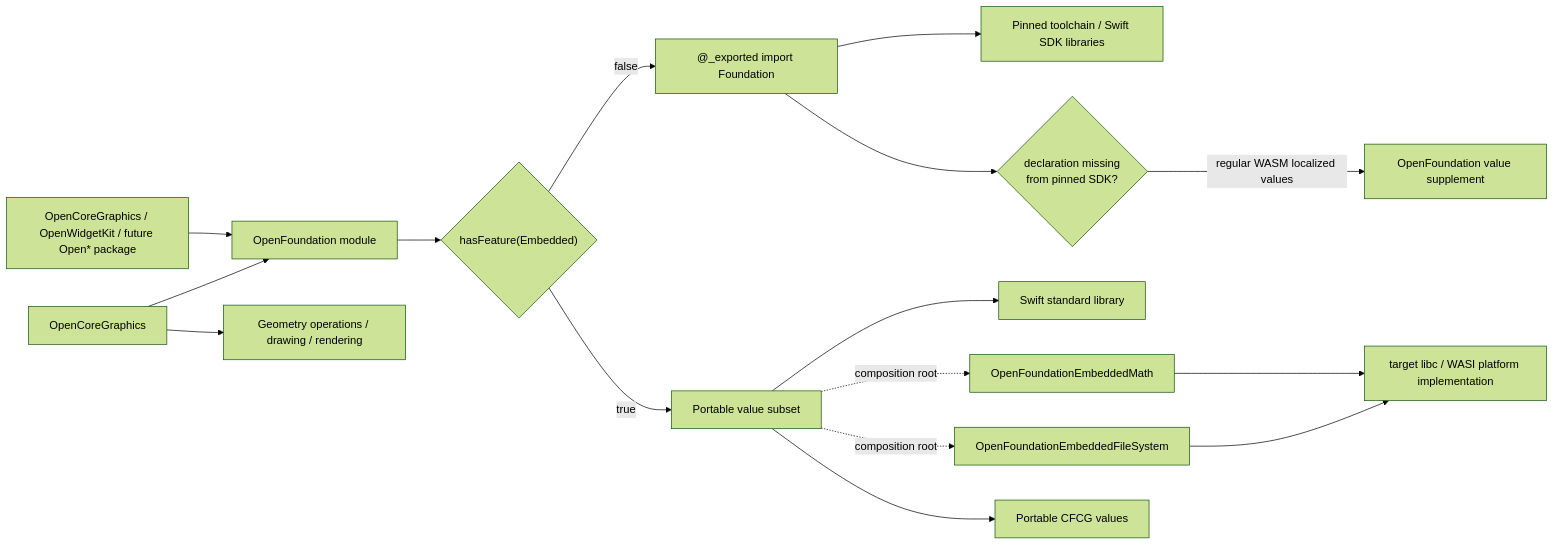
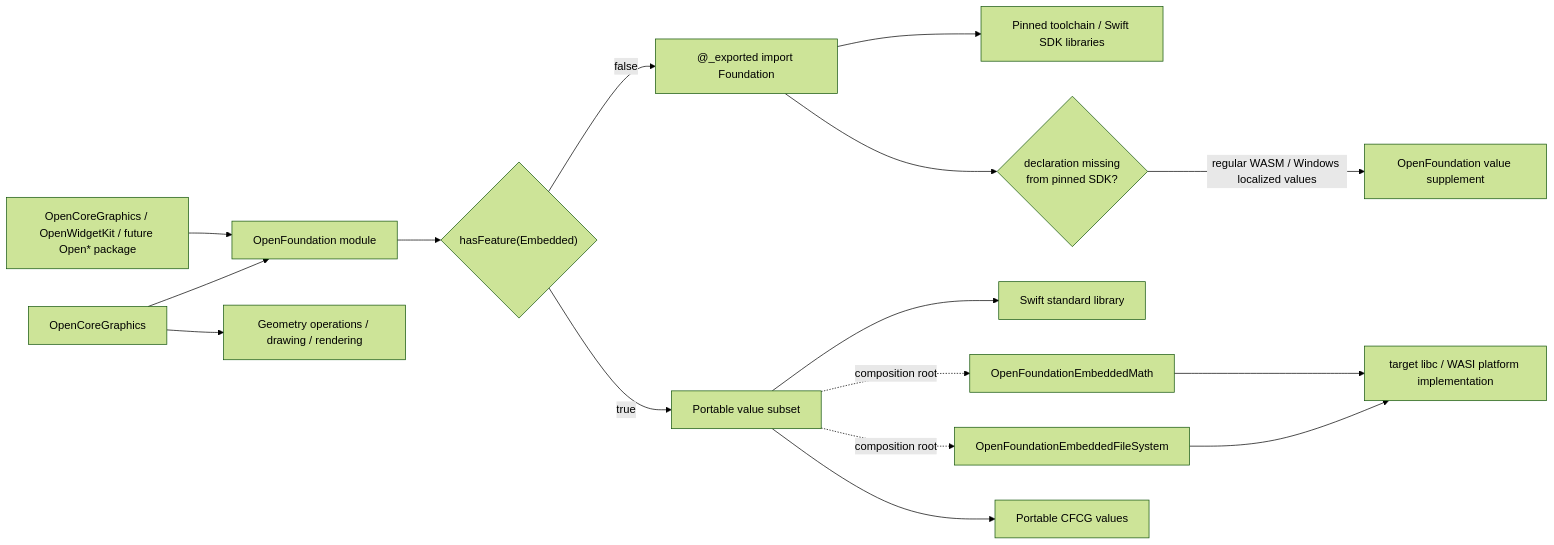
One commit to 1amageek/OpenFoundation changed the first of 2 diagrams in DESIGN.md. Above: the diagram before and after it, drawn with Mermaid (forest theme). The commit also changed other lines of this file and 3 other files, not shown here.

Commit message:
Support localized resources on Windows

````diff
--- a/DESIGN.md
+++ b/DESIGN.md
@@ -40,21 +41,21 @@
 ```mermaid
 flowchart LR
     Consumer["OpenCoreGraphics / OpenWidgetKit / future Open* package"] --> OF["OpenFoundation module"]
 
     OF --> Mode{"hasFeature(Embedded)"}
     Mode -->|"false"| Umbrella["@_exported import Foundation"]
     Umbrella --> Toolchain["Pinned toolchain / Swift SDK libraries"]
     Umbrella --> Missing{"declaration missing<br/>from pinned SDK?"}
-    Missing -->|"regular WASM localized values"| Supplement["OpenFoundation value supplement"]
+    Missing -->|"regular WASM / Windows localized values"| Supplement["OpenFoundation value supplement"]
 
     Mode -->|"true"| Values["Portable value subset"]
     Values --> Stdlib["Swift standard library"]
     Values -.->|"composition root"| Math["OpenFoundationEmbeddedMath"]
     Values -.->|"composition root"| FileSystem["OpenFoundationEmbeddedFileSystem"]
     Math --> Libc["target libc / WASI platform implementation"]
     FileSystem --> Libc
 
     Values --> Geometry["Portable CFCG values"]
     OCG["OpenCoreGraphics"] --> OF
     OCG --> Operations["Geometry operations / drawing / rendering"]
 ```
````
